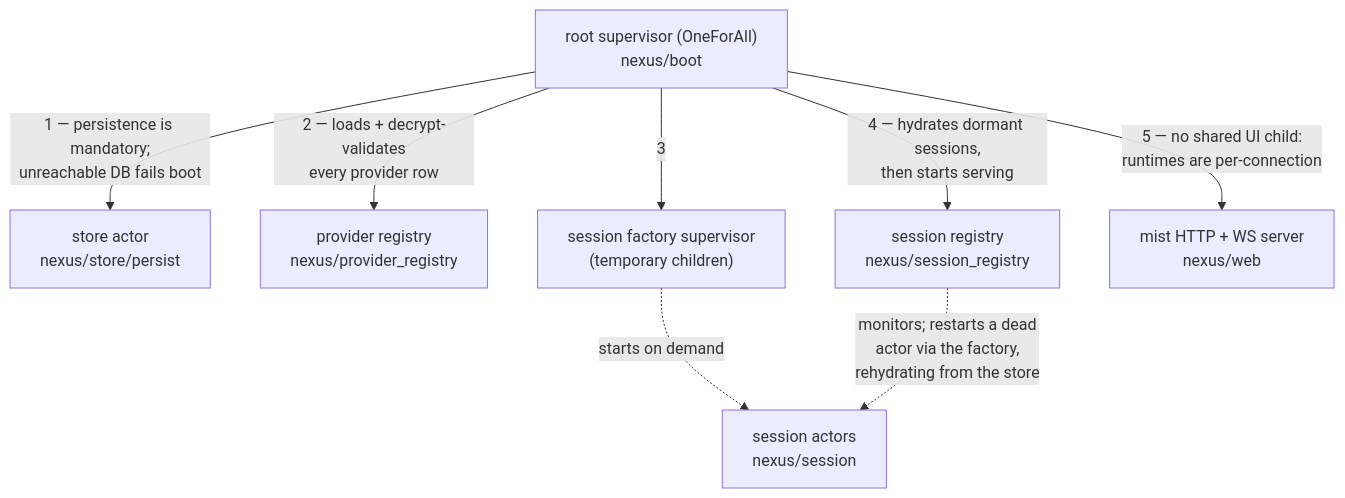
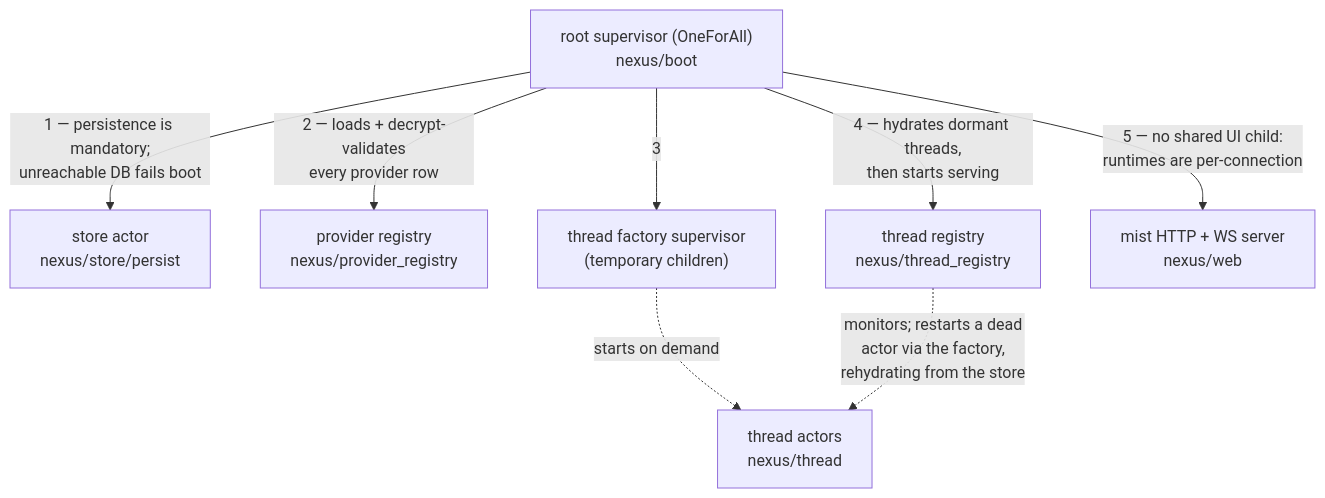
The second of 4 diagrams in ARCHITECTURE.md (jhillyerd/nexus), drawn with Mermaid before and after one commit. The commit also changed other lines of this file and 71 other files, not shown here.

First line of the commit message:
refactor: rename session → thread everywhere (#70)

````diff
--- a/ARCHITECTURE.md
+++ b/ARCHITECTURE.md
@@ -65,11 +66,11 @@
 ```mermaid
 flowchart TB
     ROOT["root supervisor (OneForAll)<br/>nexus/boot"]
     ROOT -->|"1 — persistence is mandatory;<br/>unreachable DB fails boot"| STORE["store actor<br/>nexus/store/persist"]
     ROOT -->|"2 — loads + decrypt-validates<br/>every provider row"| PROV["provider registry<br/>nexus/provider_registry"]
-    ROOT -->|"3"| FACT["session factory supervisor<br/>(temporary children)"]
-    ROOT -->|"4 — hydrates dormant sessions,<br/>then starts serving"| REG["session registry<br/>nexus/session_registry"]
+    ROOT -->|"3"| FACT["thread factory supervisor<br/>(temporary children)"]
+    ROOT -->|"4 — hydrates dormant threads,<br/>then starts serving"| REG["thread registry<br/>nexus/thread_registry"]
     ROOT -->|"5 — no shared UI child:<br/>runtimes are per-connection"| MIST["mist HTTP + WS server<br/>nexus/web"]
-    FACT -.->|"starts on demand"| SA["session actors<br/>nexus/session"]
+    FACT -.->|"starts on demand"| SA["thread actors<br/>nexus/thread"]
     REG -.->|"monitors; restarts a dead<br/>actor via the factory,<br/>rehydrating from the store"| SA
 ```
````
